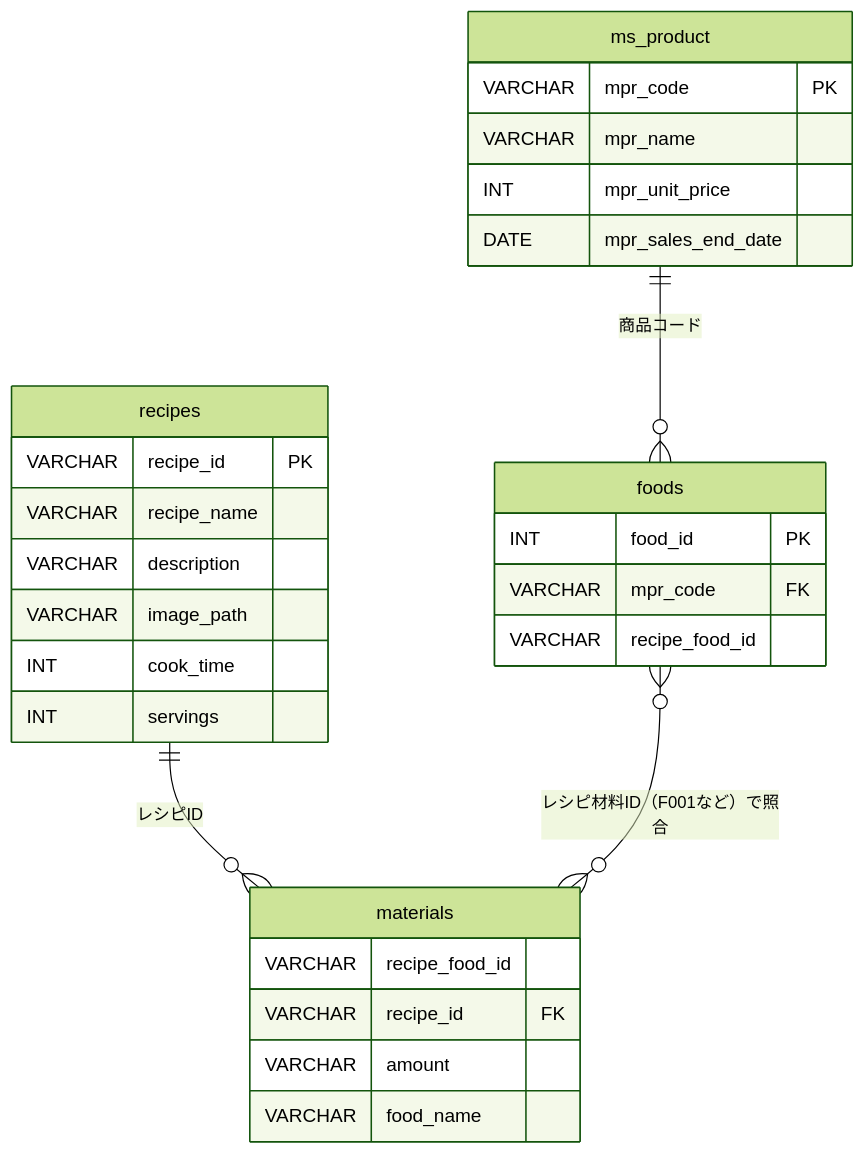
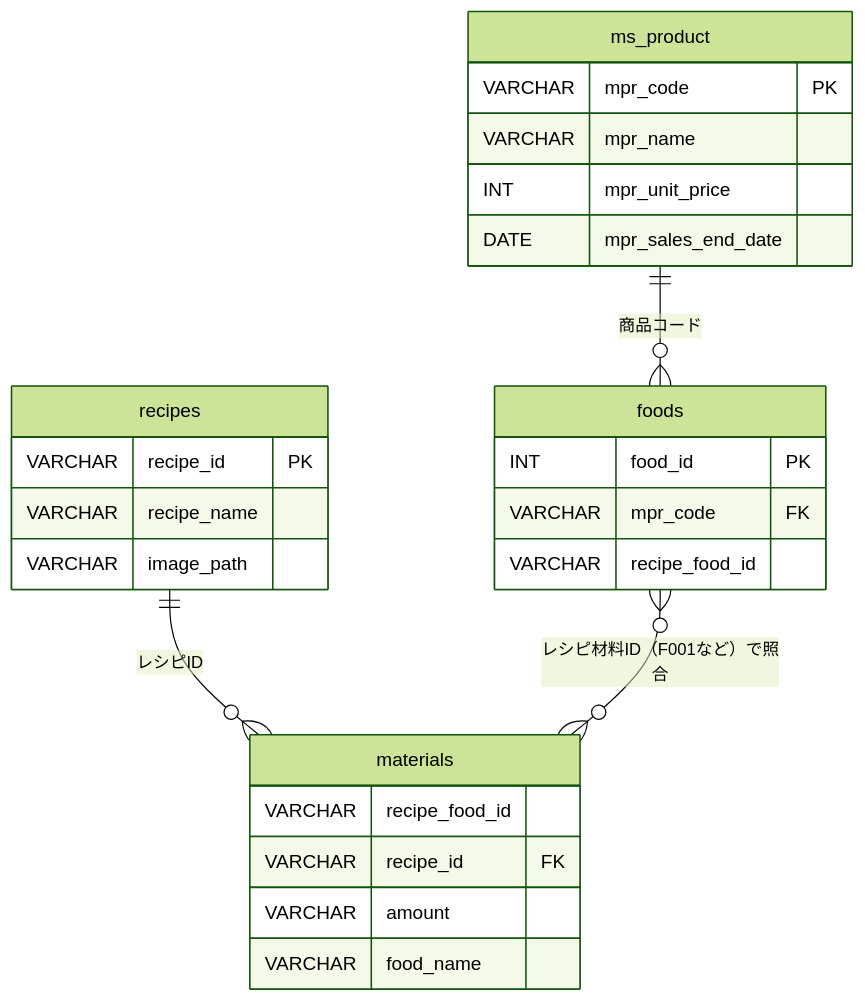
Before and after one commit to imaccho/recipe-db: the fourth of 4 diagrams in docs/仕様書.md, drawn with Mermaid (forest theme). The commit also changed other lines of this file and 5 other files, not shown here.

````diff
--- a/docs/仕様書.md
+++ b/docs/仕様書.md
@@ -535,32 +536,29 @@
 ```mermaid
 erDiagram
     ms_product ||--o{ foods : "商品コード"
     recipes ||--o{ materials : "レシピID"
     foods }o--o{ materials : "レシピ材料ID（F001など）で照合"
 
     ms_product {
         VARCHAR mpr_code PK
         VARCHAR mpr_name
         INT mpr_unit_price
         DATE mpr_sales_end_date
     }
     foods {
         INT food_id PK
         VARCHAR mpr_code FK
         VARCHAR recipe_food_id
     }
     recipes {
         VARCHAR recipe_id PK
         VARCHAR recipe_name
-        VARCHAR description
         VARCHAR image_path
-        INT cook_time
-        INT servings
     }
     materials {
         VARCHAR recipe_food_id
         VARCHAR recipe_id FK
         VARCHAR amount
         VARCHAR food_name
     }
 ```
````
